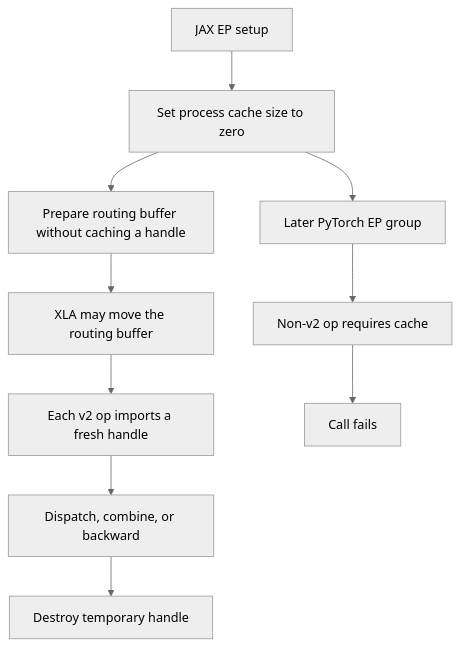
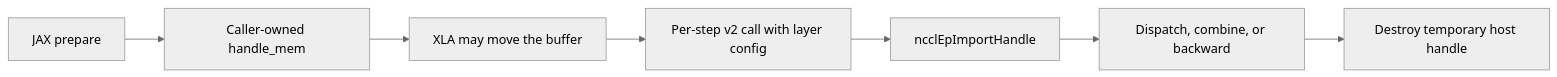
The diagram in knowledge/projects/transformer-engine/knowledgebase/upstream/prs/NVIDIA--TransformerEngine/PR-3639.md (yuguo-Jack/HCU-TrainFlow), drawn with Mermaid before and after one commit. The commit also changed other lines of this file and 19088 other files, not shown here.

````diff
--- a/knowledge/projects/transformer-engine/knowledgebase/upstream/prs/NVIDIA--TransformerEngine/PR-3639.md
+++ b/knowledge/projects/transformer-engine/knowledgebase/upstream/prs/NVIDIA--TransformerEngine/PR-3639.md
@@ -116,13 +124,10 @@
 ```mermaid
 %%{init: {'theme': 'neutral'}}%%
-flowchart TD
-  A[JAX EP setup] --> B[Set process cache size to zero]
-  B --> C[Prepare routing buffer without caching a handle]
-  C --> D[XLA may move the routing buffer]
-  D --> E[Each v2 op imports a fresh handle]
+flowchart LR
+  A[JAX prepare] --> B[Caller-owned handle_mem]
+  B --> C[XLA may move the buffer]
+  C --> D[Per-step v2 call with layer config]
+  D --> E[ncclEpImportHandle]
   E --> F[Dispatch, combine, or backward]
-  F --> G[Destroy temporary handle]
-  B --> H[Later PyTorch EP group]
-  H --> I[Non-v2 op requires cache]
-  I --> J[Call fails]
+  F --> G[Destroy temporary host handle]
 ```
````
